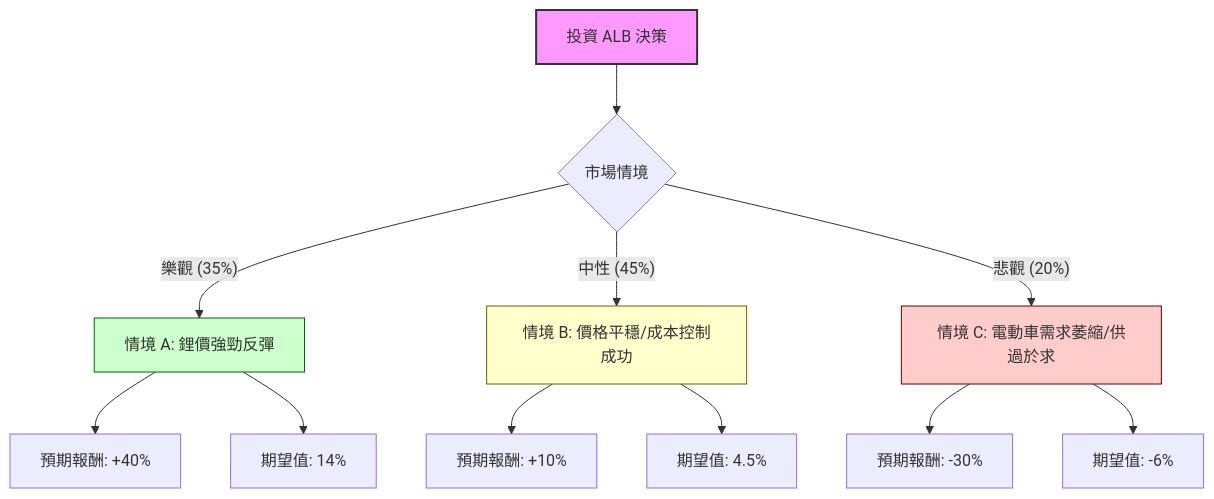
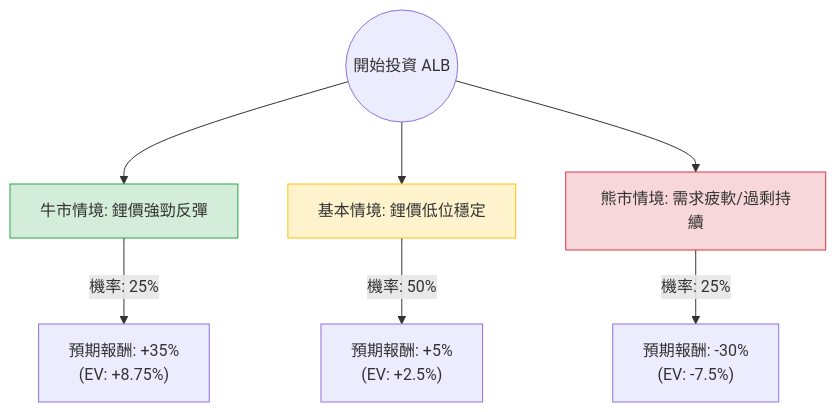
The diagram in plugin-react/ai-analysis/ev-analysis/ALB.md (zmcx16/zmcx16.github.io), drawn with Mermaid before and after one commit. The commit also changed other lines of this file and 81 other files, not shown here.

````diff
--- a/plugin-react/ai-analysis/ev-analysis/ALB.md
+++ b/plugin-react/ai-analysis/ev-analysis/ALB.md
@@ -22,21 +19,14 @@
 ```mermaid
 graph TD
-    A[投資 ALB 決策] --> B{市場情境}
-    
-    B -- 樂觀 (35%) --> C[情境 A: 鋰價強勁反彈]
-    C --> C1[預期報酬: +40%]
-    C --> C2[期望值: 14%]
+    Start((開始投資 ALB)) --> Bull[牛市情境: 鋰價強勁反彈]
+    Start --> Base[基本情境: 鋰價低位穩定]
+    Start --> Bear[熊市情境: 需求疲軟/過剩持續]
 
-    B -- 中性 (45%) --> D[情境 B: 價格平穩/成本控制成功]
-    D --> D1[預期報酬: +10%]
-    D --> D2[期望值: 4.5%]
+    Bull -- "機率: 25%" --> Bull_EV["預期報酬: +35% <br/> (EV: +8.75%)"]
+    Base -- "機率: 50%" --> Base_EV["預期報酬: +5% <br/> (EV: +2.5%)"]
+    Bear -- "機率: 25%" --> Bear_EV["預期報酬: -30% <br/> (EV: -7.5%)"]
 
-    B -- 悲觀 (20%) --> E[情境 C: 電動車需求萎縮/供過於求]
-    E --> E1[預期報酬: -30%]
-    E --> E2[期望值: -6%]
-    
-    style A fill:#f9f,stroke:#333,stroke-width:2px
-    style C fill:#ccffcc,stroke:#006600
-    style D fill:#ffffcc,stroke:#666600
-    style E fill:#ffcccc,stroke:#660000
+    style Bull fill:#d4edda,stroke:#28a745
+    style Base fill:#fff3cd,stroke:#ffc107
+    style Bear fill:#f8d7da,stroke:#dc3545
 ```
````
